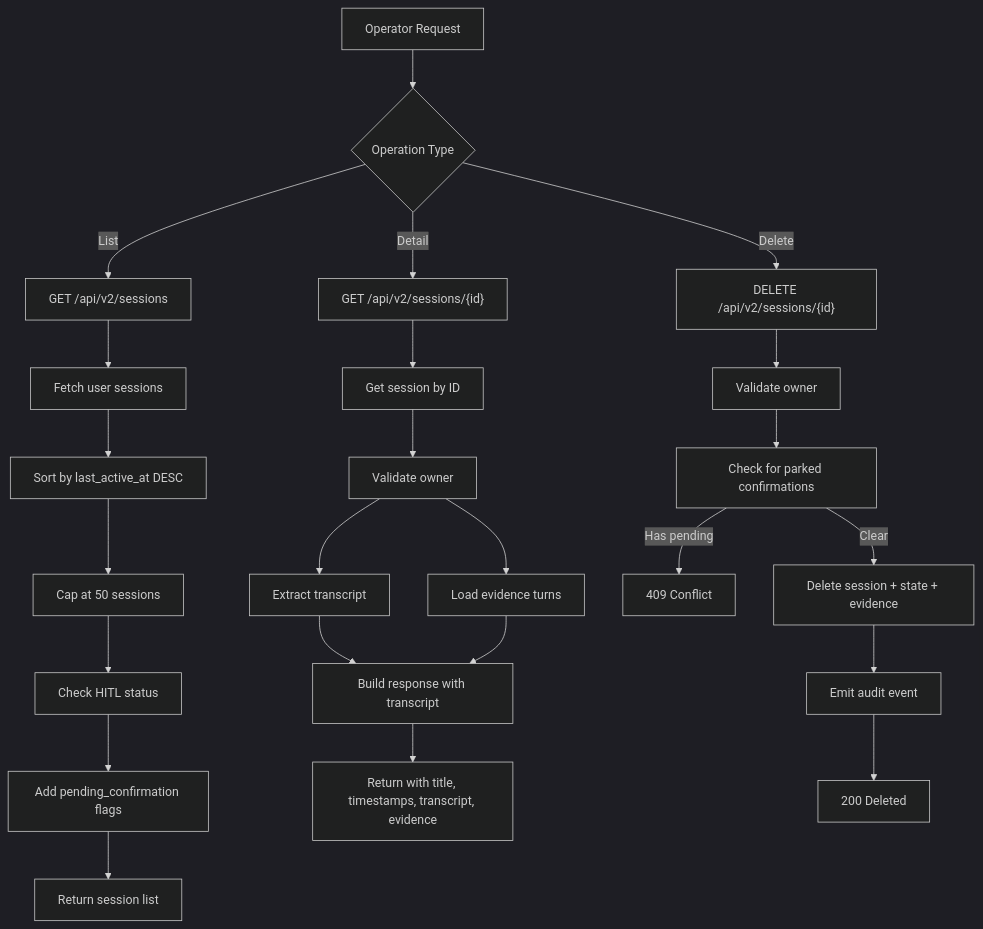
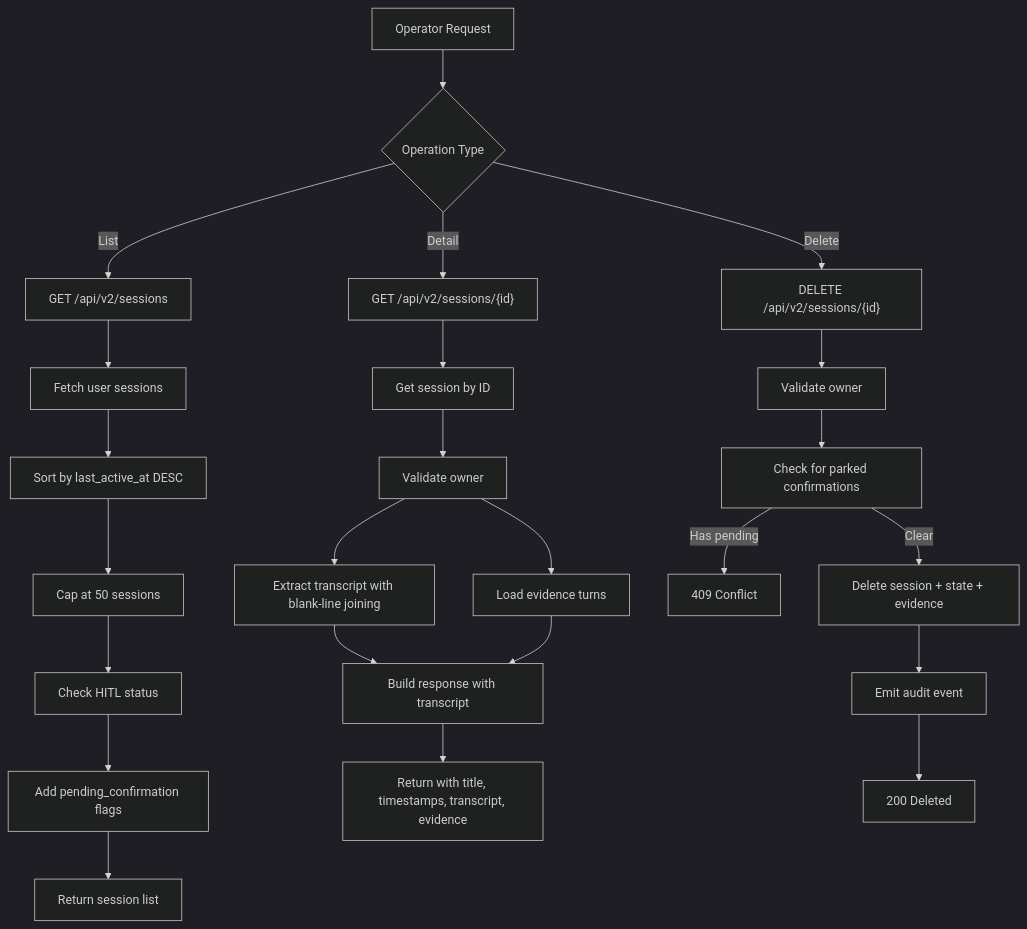
Before and after one commit to metasync/luban-aiops: diagram 16 of 37 in .qoder/repowiki/en/content/Agent Platform Service/Agent Platform Service.md, drawn with Mermaid (dark theme). The commit also changed other lines of this file and 14 other files, not shown here.

````diff
--- a/.qoder/repowiki/en/content/Agent Platform Service/Agent Platform Service.md
+++ b/.qoder/repowiki/en/content/Agent Platform Service/Agent Platform Service.md
@@ -1045,26 +1047,26 @@
 ```mermaid
 flowchart TD
 A["Operator Request"] --> B{"Operation Type"}
 B --> |List| C["GET /api/v2/sessions"]
 B --> |Detail| D["GET /api/v2/sessions/{id}"]
 B --> |Delete| E["DELETE /api/v2/sessions/{id}"]
 C --> F["Fetch user sessions"]
 F --> G["Sort by last_active_at DESC"]
 G --> H["Cap at 50 sessions"]
 H --> I["Check HITL status"]
 I --> J["Add pending_confirmation flags"]
 J --> K["Return session list"]
 D --> L["Get session by ID"]
 L --> M["Validate owner"]
-M --> N["Extract transcript"]
+M --> N["Extract transcript with blank-line joining"]
 M --> O["Load evidence turns"]
 N --> P["Build response with transcript"]
 O --> P
 P --> Q["Return with title, timestamps, transcript, evidence"]
 E --> R["Validate owner"]
 R --> S["Check for parked confirmations"]
 S --> |Has pending| T["409 Conflict"]
 S --> |Clear| U["Delete session + state + evidence"]
 U --> V["Emit audit event"]
 V --> W["200 Deleted"]
 ```
````
